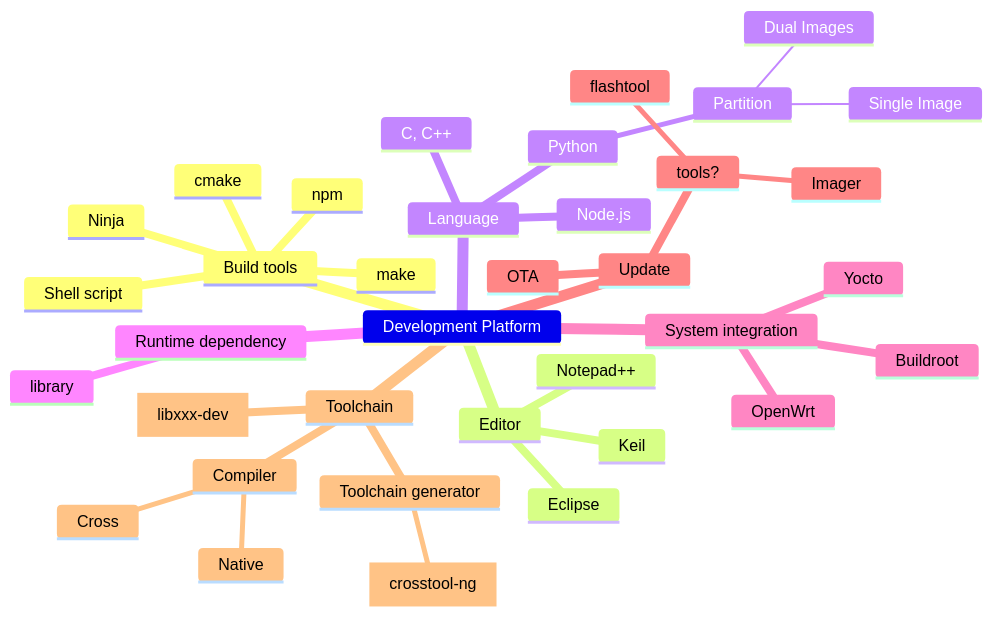
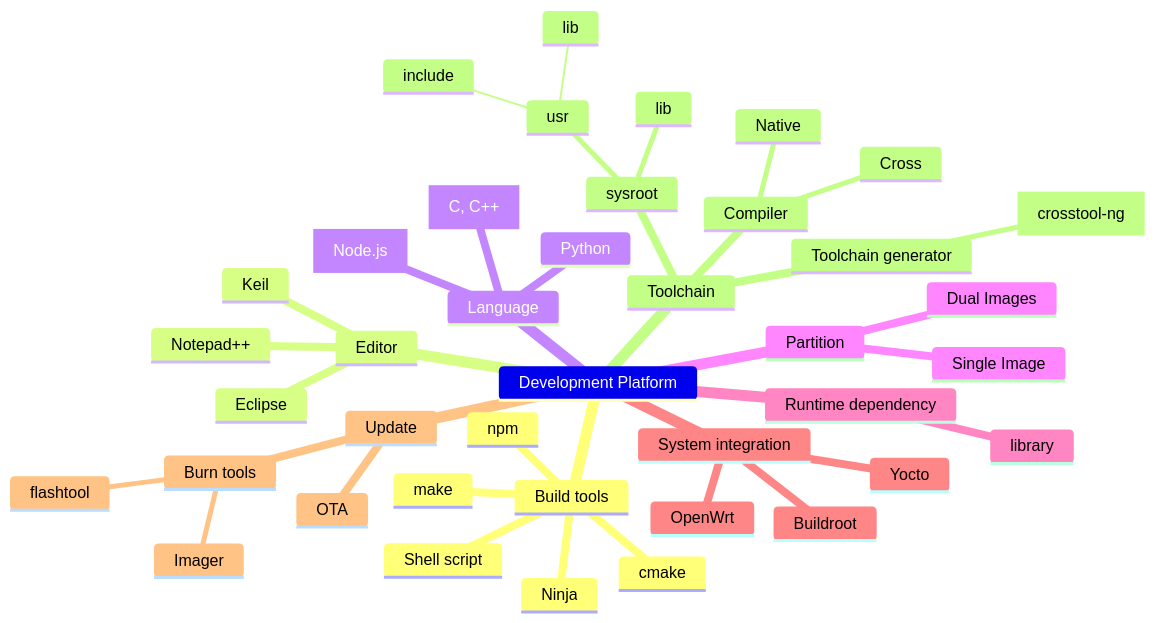
Before and after one commit to lankahsu520/CrossCompilationX: the second of 12 diagrams in README.md, drawn with Mermaid.

Commit message:
update README.md, 1.2. Development Platform

````diff
--- a/README.md
+++ b/README.md
@@ -71,39 +71,43 @@
 ```mermaid
 mindmap
 	Development Platform
 		Build tools
 			make
 			cmake
 			Shell script
 			Ninja
 			npm
 		Editor
 			Notepad++
 			Keil
 			Eclipse
 		Language
-			C, C++
-			Node.js
+			C["C, C++"]
+			Node["Node.js"]
 			Python
-    Partition
-      Dual Images
-      Single Image
+		Partition
+			Dual Images
+			Single Image
 		Runtime dependency
 			library
 		System integration
 			Buildroot
 			OpenWrt
 			Yocto
 		Update
-      OTA
-			tools?
+			OTA
+			Burn tools
 				flashtool
 				Imager
 		Toolchain
 			Toolchain generator
 				crosstool[crosstool-ng]
 			Compiler
 				Cross
 				Native
-			[libxxx-dev]
+			sysroot
+				lib
+				usr
+					include
+					lib
 ```
````
